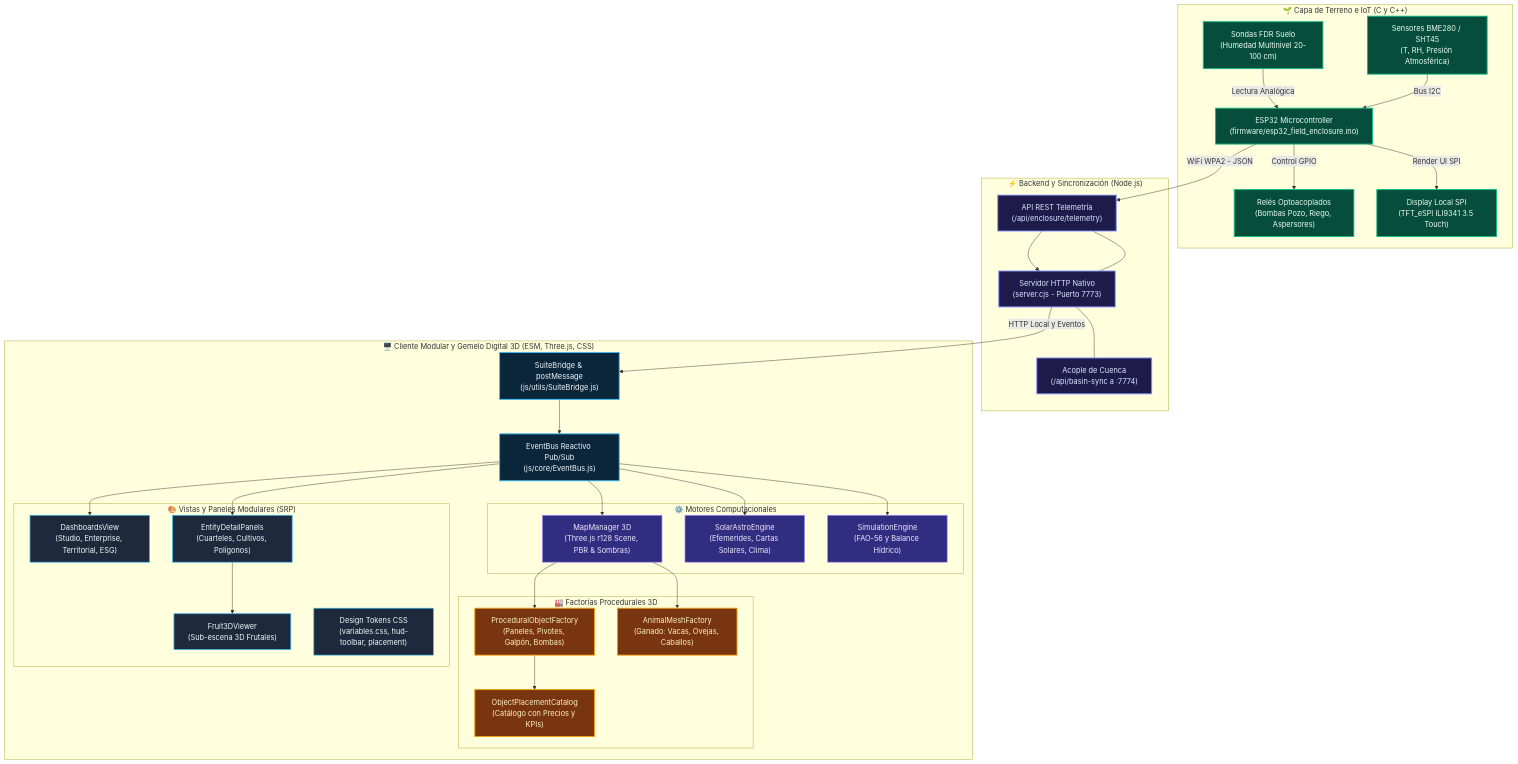
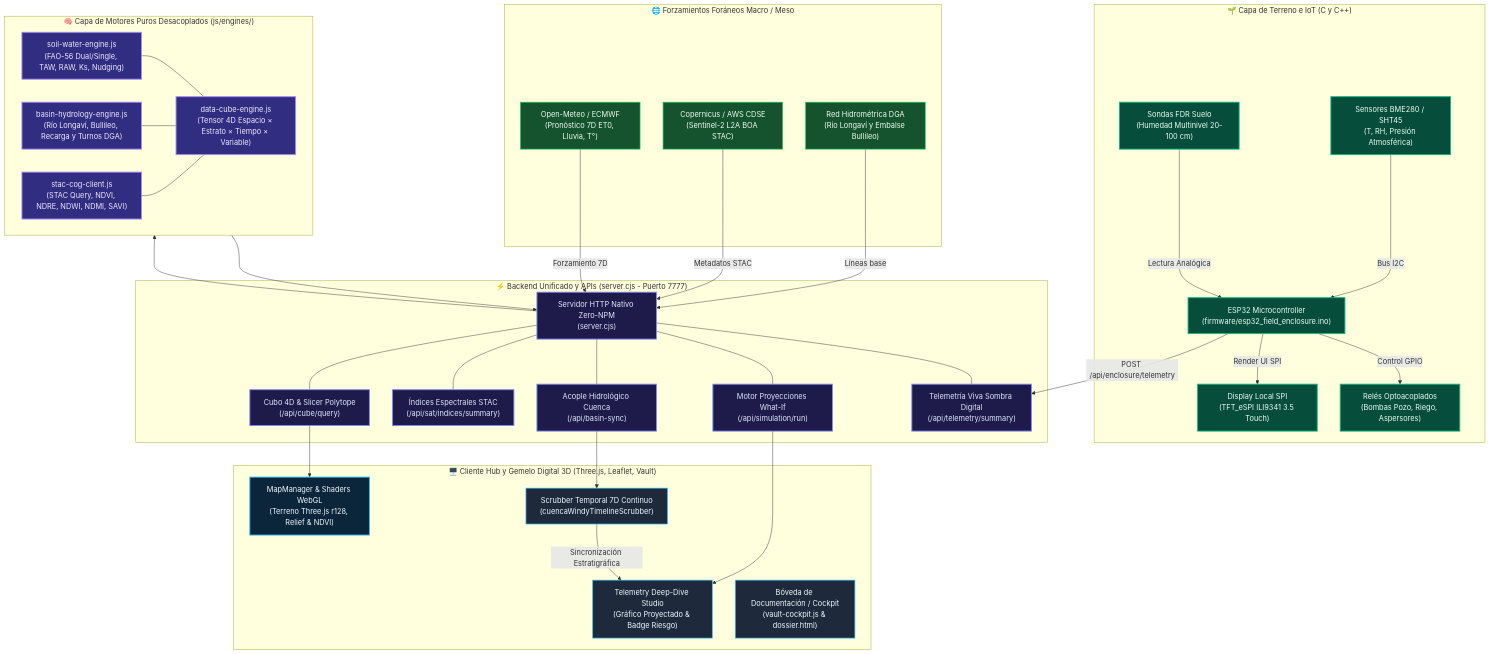
The first of 2 diagrams in docs/STACK_TECNOLOGICO_ARQUITECTURA_AGRITWIN.md (danisantanderurrutia-coder/agritwin-app), drawn with Mermaid before and after one commit. The commit also changed other lines of this file and 18 other files, not shown here.

First line of the commit message:
feat(destine): implementar arquitectura de gemelo digital biofísico inspirada en Destination Earth (v4.2.0)

````diff
--- a/docs/STACK_TECNOLOGICO_ARQUITECTURA_AGRITWIN.md
+++ b/docs/STACK_TECNOLOGICO_ARQUITECTURA_AGRITWIN.md
@@ -22,72 +22,75 @@
 ```mermaid
 graph TD
     classDef iot fill:#064E3B,stroke:#10B981,stroke-width:2px,color:#ECFDF5;
     classDef srv fill:#1E1B4B,stroke:#818CF8,stroke-width:2px,color:#E0E7FF;
+    classDef engine fill:#312E81,stroke:#A78BFA,stroke-width:2px,color:#EDE9FE;
     classDef client fill:#0B253A,stroke:#38BDF8,stroke-width:2px,color:#F0F9FF;
-    classDef engine fill:#312E81,stroke:#A78BFA,stroke-width:1.5px,color:#EDE9FE;
     classDef factory fill:#78350F,stroke:#F59E0B,stroke-width:2px,color:#FEF3C7;
     classDef ui fill:#1E293B,stroke:#38BDF8,stroke-width:1.5px,color:#F0F9FF;
+    classDef ext fill:#14532D,stroke:#22C55E,stroke-width:1.5px,color:#F0FDF4;
+
+    subgraph FUENTES_EXT["🌐 Forzamientos Foráneos Macro / Meso"]
+        METEO["Open-Meteo / ECMWF<br/>(Pronóstico 7D ET0, Lluvia, T°)"]:::ext
+        STAC_REMOTE["Copernicus / AWS CDSE<br/>(Sentinel-2 L2A BOA STAC)"]:::ext
+        DGA_REF["Red Hidrométrica DGA<br/>(Río Longaví y Embalse Bullileo)"]:::ext
+    end
 
     subgraph TERRENO["🌱 Capa de Terreno e IoT (C y C++)"]
         ESP["ESP32 Microcontroller<br/>(firmware/esp32_field_enclosure.ino)"]:::iot
         FDR["Sondas FDR Suelo<br/>(Humedad Multinivel 20-100 cm)"]:::iot
         CLIM["Sensores BME280 / SHT45<br/>(T, RH, Presión Atmosférica)"]:::iot
         RELE["Relés Optoacoplados<br/>(Bombas Pozo, Riego, Aspersores)"]:::iot
         TFT["Display Local SPI<br/>(TFT_eSPI ILI9341 3.5 Touch)"]:::iot
 
         FDR -->|Lectura Analógica| ESP
         CLIM -->|Bus I2C| ESP
         ESP -->|Control GPIO| RELE
         ESP -->|Render UI SPI| TFT
     end
 
-    subgraph SERVIDOR["⚡ Backend y Sincronización (Node.js)"]
-        SRV["Servidor HTTP Nativo<br/>(server.cjs - Puerto 7773)"]:::srv
-        API_TEL["API REST Telemetría<br/>(/api/enclosure/telemetry)"]:::srv
-        SYNC_CUENCA["Acople de Cuenca<br/>(/api/basin-sync a :7774)"]:::srv
+    subgraph SERVIDOR["⚡ Backend Unificado y APIs (server.cjs - Puerto 7777)"]
+        SRV["Servidor HTTP Nativo Zero-NPM<br/>(server.cjs)"]:::srv
+        API_TEL["Telemetría Viva Sombra Digital<br/>(/api/telemetry/summary)"]:::srv
+        API_SIM["Motor Proyecciones What-If<br/>(/api/simulation/run)"]:::srv
+        API_CUENCA["Acople Hidrológico Cuenca<br/>(/api/basin-sync)"]:::srv
+        API_SAT["Índices Espectrales STAC<br/>(/api/sat/indices/summary)"]:::srv
+        API_CUBE["Cubo 4D & Slicer Polytope<br/>(/api/cube/query)"]:::srv
 
         SRV --- API_TEL
-        SRV --- SYNC_CUENCA
+        SRV --- API_SIM
+        SRV --- API_CUENCA
+        SRV --- API_SAT
+        SRV --- API_CUBE
     end
 
-    subgraph CLIENTE["🖥️ Cliente Modular y Gemelo Digital 3D (ESM, Three.js, CSS)"]
-        BRIDGE["SuiteBridge & postMessage<br/>(js/utils/SuiteBridge.js)"]:::client
-        BUS["EventBus Reactivo Pub/Sub<br/>(js/core/EventBus.js)"]:::client
+    subgraph MOTORES["🧠 Capa de Motores Puros Desacoplados (js/engines/)"]
+        ENG_SOIL["soil-water-engine.js<br/>(FAO-56 Dual/Single, TAW, RAW, Ks, Nudging)"]:::engine
+        ENG_BASIN["basin-hydrology-engine.js<br/>(Río Longaví, Bullileo, Recarga y Turnos DGA)"]:::engine
+        ENG_STAC["stac-cog-client.js<br/>(STAC Query, NDVI, NDRE, NDWI, NDMI, SAVI)"]:::engine
+        ENG_CUBE["data-cube-engine.js<br/>(Tensor 4D Espacio × Estrato × Tiempo × Variable)"]:::engine
 
-        subgraph FACTORIES["🏭 Factorías Procedurales 3D"]
-            POF["ProceduralObjectFactory<br/>(Paneles, Pivotes, Galpón, Bombas)"]:::factory
-            AMF["AnimalMeshFactory<br/>(Ganado: Vacas, Ovejas, Caballos)"]:::factory
-            CAT["ObjectPlacementCatalog<br/>(Catálogo con Precios y KPIs)"]:::factory
-        end
-
-        subgraph ENGINES["⚙️ Motores Computacionales"]
-            MAP["MapManager 3D<br/>(Three.js r128 Scene, PBR & Sombras)"]:::engine
-            SOLAR["SolarAstroEngine<br/>(Efemerides, Cartas Solares, Clima)"]:::engine
-            SIM["SimulationEngine<br/>(FAO-56 y Balance Hídrico)"]:::engine
-        end
-
-        subgraph UI_MODULES["🎨 Vistas y Paneles Modulares (SRP)"]
-            DASH["DashboardsView<br/>(Studio, Enterprise, Territorial, ESG)"]:::ui
-            PANELS["EntityDetailPanels<br/>(Cuarteles, Cultivos, Polígonos)"]:::ui
-            FRUIT["Fruit3DViewer<br/>(Sub-escena 3D Frutales)"]:::ui
-            TOKENS["Design Tokens CSS<br/>(variables.css, hud-toolbar, placement)"]:::ui
-        end
+        ENG_SOIL --- ENG_CUBE
+        ENG_BASIN --- ENG_CUBE
+        ENG_STAC --- ENG_CUBE
     end
 
-    ESP -->|WiFi WPA2 - JSON| API_TEL
-    API_TEL --> SRV
-    SRV -->|HTTP Local y Eventos| BRIDGE
-    BRIDGE --> BUS
+    subgraph CLIENTE["🖥️ Cliente Hub y Gemelo Digital 3D (Three.js, Leaflet, Vault)"]
+        SCRUB["Scrubber Temporal 7D Continuo<br/>(cuencaWindyTimelineScrubber)"]:::ui
+        STUDIO["Telemetry Deep-Dive Studio<br/>(Gráfico Proyectado & Badge Riesgo)"]:::ui
+        MAP3D["MapManager & Shaders WebGL<br/>(Terreno Three.js r128, Relief & NDVI)"]:::client
+        VAULT["Bóveda de Documentación / Cockpit<br/>(vault-cockpit.js & dossier.html)"]:::ui
+    end
 
-    BUS --> MAP
-    BUS --> SOLAR
-    BUS --> SIM
+    METEO -->|Forzamiento 7D| SRV
+    STAC_REMOTE -->|Metadatos STAC| SRV
+    DGA_REF -->|Líneas base| SRV
+    ESP -->|POST /api/enclosure/telemetry| API_TEL
 
-    MAP --> POF
-    MAP --> AMF
-    POF --> CAT
+    SRV --> MOTORES
+    MOTORES --> SRV
 
-    BUS --> DASH
-    BUS --> PANELS
-    PANELS --> FRUIT
+    API_SIM --> STUDIO
+    API_CUENCA --> SCRUB
+    API_CUBE --> MAP3D
+    SCRUB -->|Sincronización Estratigráfica| STUDIO
 ```
````
